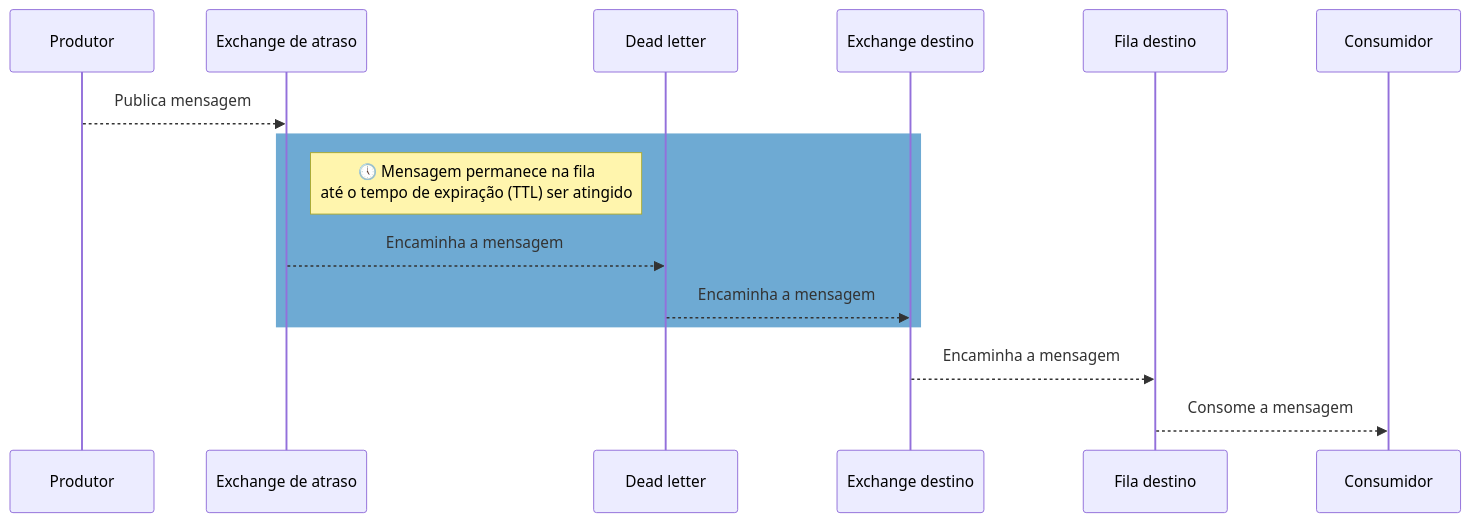
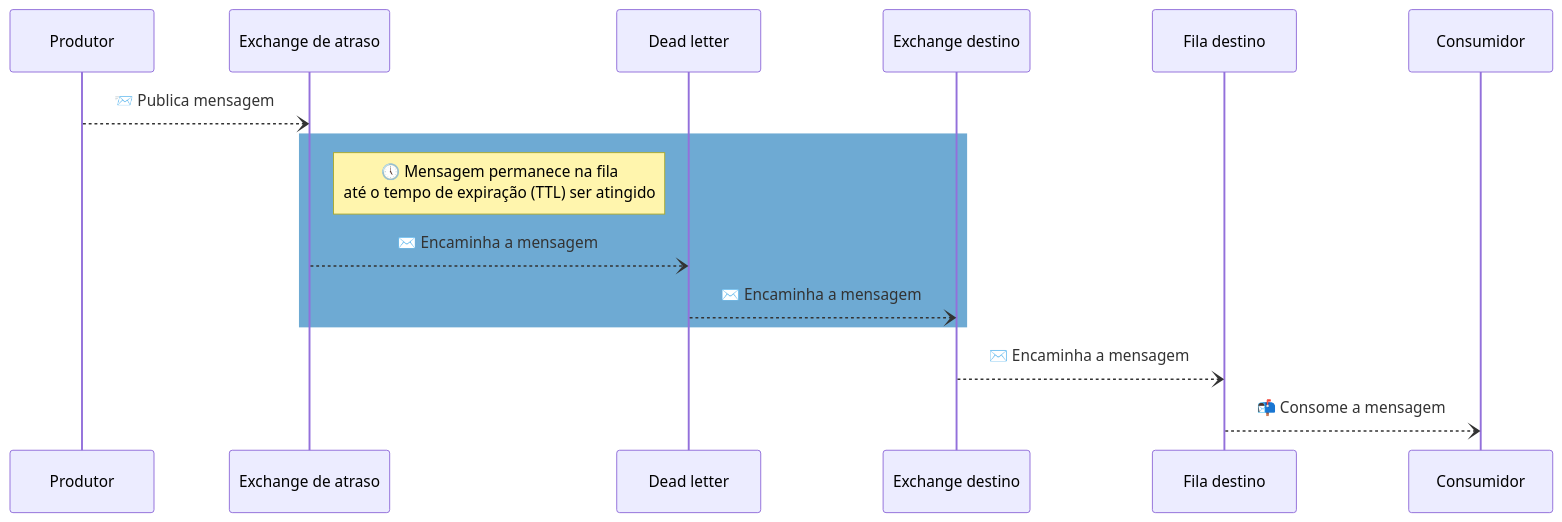
The second of 2 diagrams in readme.md (alisonsm92/delayed-rabbit), drawn with Mermaid before and after one commit. The commit also changed other lines of this file, not shown here.

````diff
--- a/readme.md
+++ b/readme.md
@@ -24,11 +28,11 @@
 ```mermaid
 sequenceDiagram
-    Produtor-->>Exchange de atraso: Publica mensagem
+    Produtor--)Exchange de atraso: 📨 Publica mensagem
     rect rgb(110, 170, 211)
     note right of Exchange de atraso:  🕔 Mensagem permanece na fila<br>até o tempo de expiração (TTL) ser atingido
-    Exchange de atraso-->>Dead letter: Encaminha a mensagem
-    Dead letter-->>Exchange destino: Encaminha a mensagem
+    Exchange de atraso--)Dead letter: ✉️ Encaminha a mensagem
+    Dead letter--)Exchange destino: ✉️ Encaminha a mensagem
     end
-    Exchange destino-->>Fila destino: Encaminha a mensagem
-    Fila destino-->>Consumidor: Consome a mensagem
+    Exchange destino--)Fila destino: ✉️ Encaminha a mensagem
+    Fila destino--)Consumidor: 📬 Consome a mensagem
 ```
````
